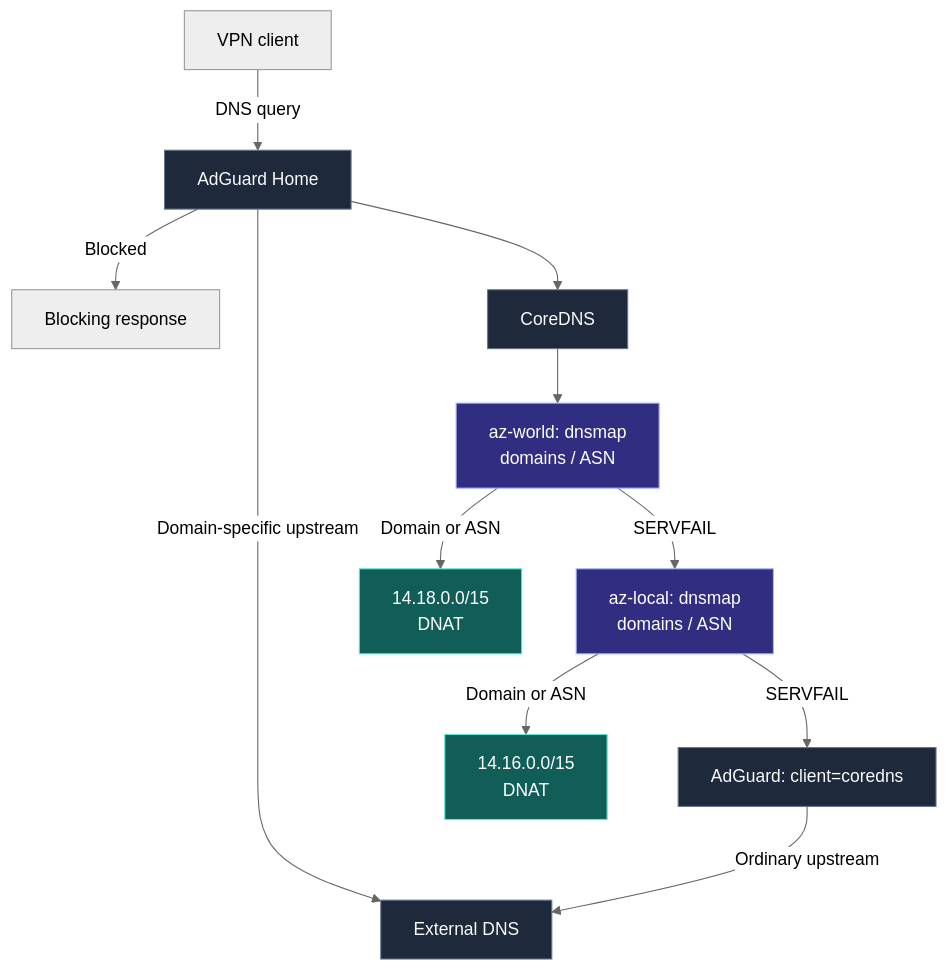
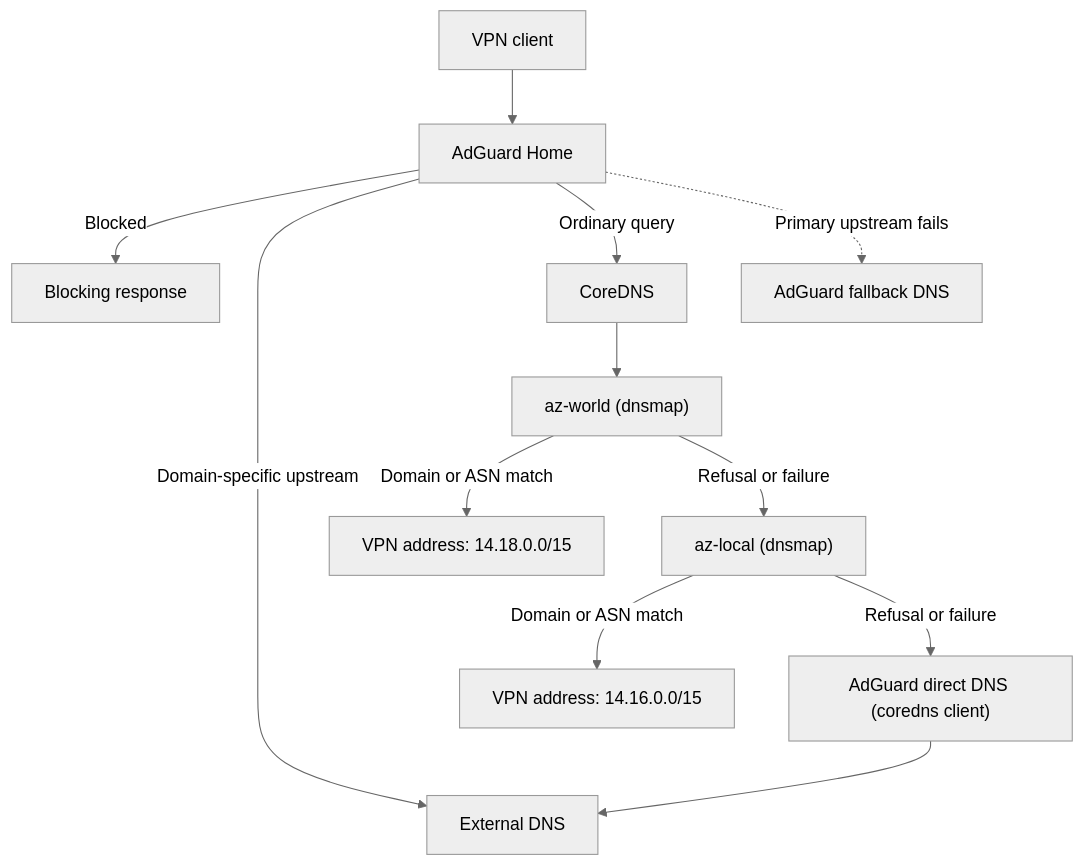
The first of 3 diagrams in README.md (nmisha/antizapret-vpn-docker), drawn with Mermaid (neutral theme) before and after one commit. The commit also changed other lines of this file and 318 other files, not shown here.

````diff
--- a/README.md
+++ b/README.md
@@ -771,21 +792,14 @@
 ```mermaid
 flowchart TB
-    client["VPN client"] -->|DNS query| adguard["AdGuard Home"]
-    adguard -->|Blocked| deny["Blocking response"]
+    client["VPN client"] --> adguard["AdGuard Home"]
+    adguard -->|Blocked| blocked["Blocking response"]
     adguard -->|Domain-specific upstream| external["External DNS"]
-    adguard --> core["CoreDNS"]
-    core --> world
-    world["az-world: dnsmap<br/>domains / ASN"]
-    world -->|Domain or ASN| worldip["14.18.0.0/15<br/>DNAT"]
-    world -->|SERVFAIL| local
-    local["az-local: dnsmap<br/>domains / ASN"]
-    local -->|Domain or ASN| localip["14.16.0.0/15<br/>DNAT"]
-    local -->|SERVFAIL| retry["AdGuard: client=coredns"]
-    retry -->|Ordinary upstream| external
-    classDef service fill:#1e293b,stroke:#64748b,color:#f8fafc
-    classDef exit fill:#312e81,stroke:#a5b4fc,color:#ffffff
-    classDef mapped fill:#115e59,stroke:#5eead4,color:#ffffff
-    class adguard,core,retry,external service
-    class local,world exit
-    class localip,worldip mapped
+    adguard -->|Ordinary query| core["CoreDNS"]
+    core --> world["az-world (dnsmap)"]
+    world -->|Domain or ASN match| world_ip["VPN address: 14.18.0.0/15"]
+    world -->|Refusal or failure| local_exit["az-local (dnsmap)"]
+    local_exit -->|Domain or ASN match| local_ip["VPN address: 14.16.0.0/15"]
+    local_exit -->|Refusal or failure| direct_dns["AdGuard direct DNS (coredns client)"]
+    direct_dns --> external
+    adguard -.->|Primary upstream fails| fallback_dns["AdGuard fallback DNS"]
 ```
````
